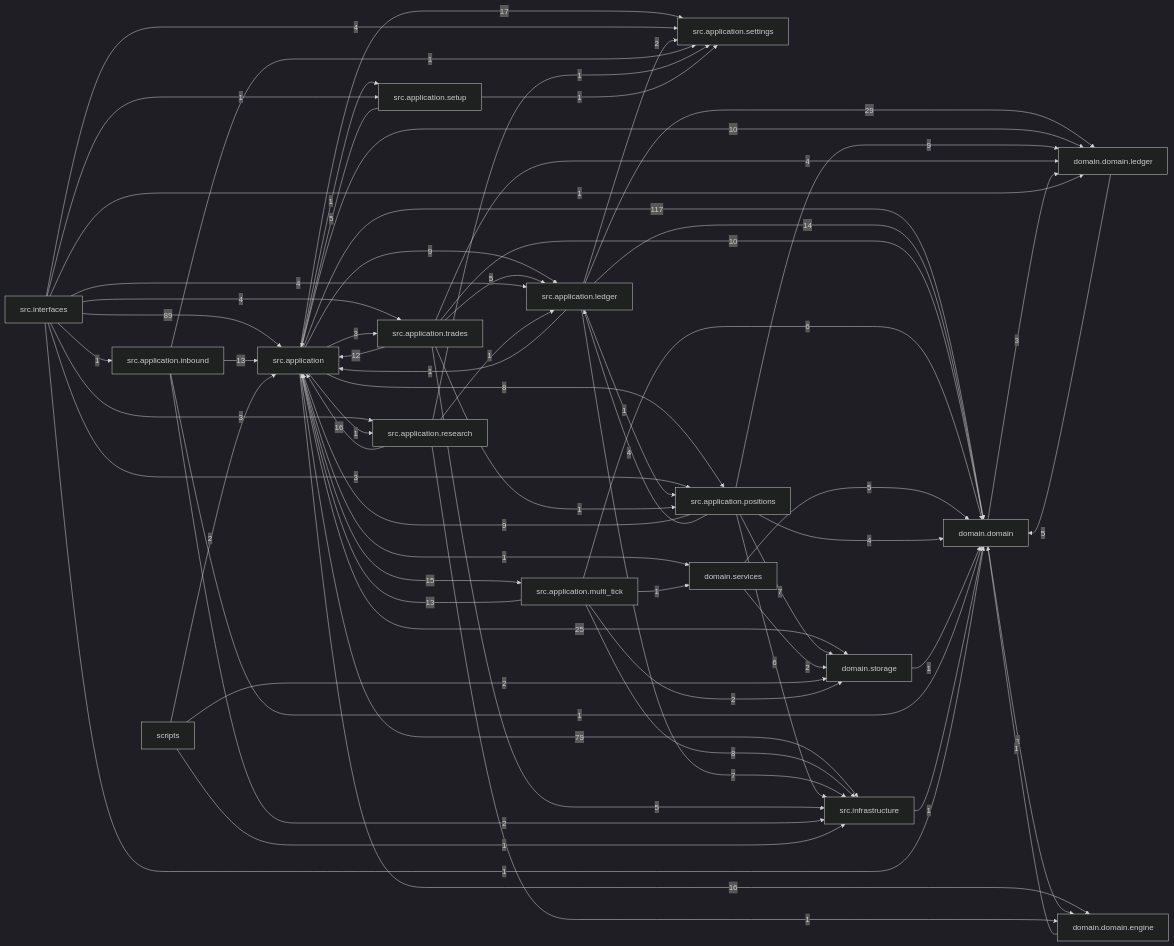
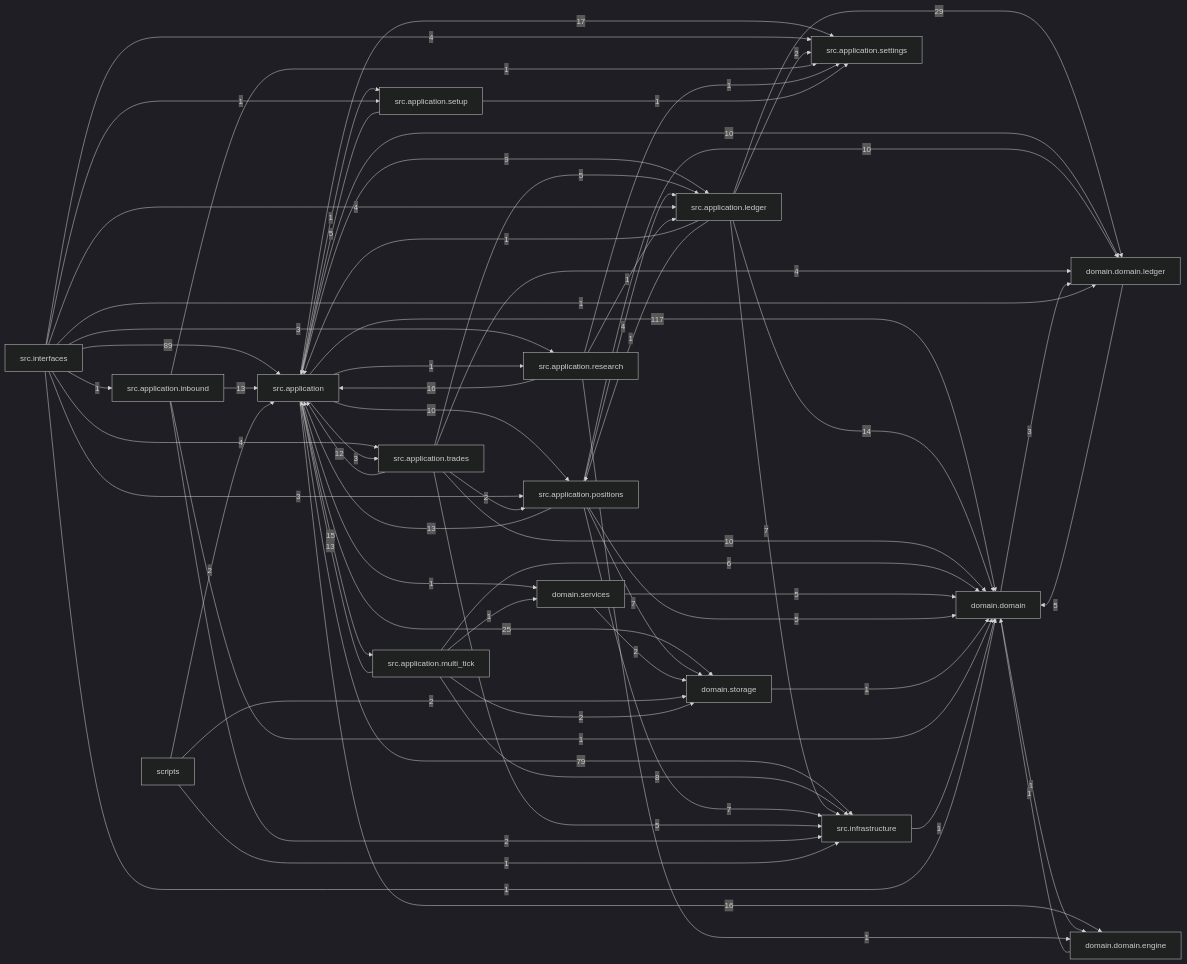
Before and after one commit to liuxie066/options-monitor: the diagram in docs/dependency_graph.mmd, drawn with Mermaid (dark theme). The commit also changed 27 other files, not shown here.

```diff
--- a/docs/dependency_graph.mmd
+++ b/docs/dependency_graph.mmd
@@ -1,68 +1,68 @@
 flowchart LR
   src_application["src.application"] -->|117| domain_domain["domain.domain"]
   src_interfaces["src.interfaces"] -->|89| src_application["src.application"]
   src_application["src.application"] -->|79| src_infrastructure["src.infrastructure"]
   src_application_ledger["src.application.ledger"] -->|29| domain_domain_ledger["domain.domain.ledger"]
   src_application["src.application"] -->|25| domain_storage["domain.storage"]
   src_application["src.application"] -->|17| src_application_settings["src.application.settings"]
   src_application["src.application"] -->|16| domain_domain_engine["domain.domain.engine"]
   src_application_research["src.application.research"] -->|16| src_application["src.application"]
   src_application["src.application"] -->|15| src_application_multi_tick["src.application.multi_tick"]
   src_application_ledger["src.application.ledger"] -->|14| domain_domain["domain.domain"]
   src_application_inbound["src.application.inbound"] -->|13| src_application["src.application"]
   src_application_multi_tick["src.application.multi_tick"] -->|13| src_application["src.application"]
+  src_application_positions["src.application.positions"] -->|13| src_application["src.application"]
   src_application_trades["src.application.trades"] -->|12| src_application["src.application"]
   src_application["src.application"] -->|10| domain_domain_ledger["domain.domain.ledger"]
+  src_application["src.application"] -->|10| src_application_positions["src.application.positions"]
+  src_application_positions["src.application.positions"] -->|10| domain_domain_ledger["domain.domain.ledger"]
   src_application_trades["src.application.trades"] -->|10| domain_domain["domain.domain"]
   src_application["src.application"] -->|9| src_application_ledger["src.application.ledger"]
-  src_application_positions["src.application.positions"] -->|9| domain_domain_ledger["domain.domain.ledger"]
-  src_application_positions["src.application.positions"] -->|9| src_application["src.application"]
-  src_application["src.application"] -->|8| src_application_positions["src.application.positions"]
   src_application_multi_tick["src.application.multi_tick"] -->|8| src_infrastructure["src.infrastructure"]
   src_application_ledger["src.application.ledger"] -->|7| src_infrastructure["src.infrastructure"]
   src_application_positions["src.application.positions"] -->|7| domain_storage["domain.storage"]
+  src_application_positions["src.application.positions"] -->|7| src_infrastructure["src.infrastructure"]
   src_application_multi_tick["src.application.multi_tick"] -->|6| domain_domain["domain.domain"]
-  src_application_positions["src.application.positions"] -->|6| src_infrastructure["src.infrastructure"]
   domain_domain_ledger["domain.domain.ledger"] -->|5| domain_domain["domain.domain"]
   domain_services["domain.services"] -->|5| domain_domain["domain.domain"]
+  src_application_positions["src.application.positions"] -->|5| domain_domain["domain.domain"]
   src_application_setup["src.application.setup"] -->|5| src_application["src.application"]
   src_application_trades["src.application.trades"] -->|5| src_application_ledger["src.application.ledger"]
   src_application_trades["src.application.trades"] -->|5| src_infrastructure["src.infrastructure"]
-  src_application_positions["src.application.positions"] -->|4| domain_domain["domain.domain"]
   src_application_positions["src.application.positions"] -->|4| src_application_ledger["src.application.ledger"]
   src_application_trades["src.application.trades"] -->|4| domain_domain_ledger["domain.domain.ledger"]
   src_interfaces["src.interfaces"] -->|4| src_application_ledger["src.application.ledger"]
   src_interfaces["src.interfaces"] -->|4| src_application_settings["src.application.settings"]
   src_interfaces["src.interfaces"] -->|4| src_application_trades["src.application.trades"]
   domain_domain["domain.domain"] -->|3| domain_domain_ledger["domain.domain.ledger"]
   src_application["src.application"] -->|3| src_application_trades["src.application.trades"]
   src_interfaces["src.interfaces"] -->|3| src_application_positions["src.application.positions"]
   src_interfaces["src.interfaces"] -->|3| src_application_research["src.application.research"]
   domain_services["domain.services"] -->|2| domain_storage["domain.storage"]
   scripts["scripts"] -->|2| domain_storage["domain.storage"]
   scripts["scripts"] -->|2| src_application["src.application"]
   src_application_inbound["src.application.inbound"] -->|2| src_infrastructure["src.infrastructure"]
   src_application_ledger["src.application.ledger"] -->|2| src_application_settings["src.application.settings"]
   src_application_multi_tick["src.application.multi_tick"] -->|2| domain_storage["domain.storage"]
+  src_application_trades["src.application.trades"] -->|2| src_application_positions["src.application.positions"]
   domain_domain["domain.domain"] -->|1| domain_domain_engine["domain.domain.engine"]
   domain_domain_engine["domain.domain.engine"] -->|1| domain_domain["domain.domain"]
   domain_storage["domain.storage"] -->|1| domain_domain["domain.domain"]
   scripts["scripts"] -->|1| src_infrastructure["src.infrastructure"]
   src_application["src.application"] -->|1| domain_services["domain.services"]
   src_application["src.application"] -->|1| src_application_research["src.application.research"]
   src_application["src.application"] -->|1| src_application_setup["src.application.setup"]
   src_application_inbound["src.application.inbound"] -->|1| domain_domain["domain.domain"]
   src_application_inbound["src.application.inbound"] -->|1| src_application_settings["src.application.settings"]
   src_application_ledger["src.application.ledger"] -->|1| src_application["src.application"]
   src_application_ledger["src.application.ledger"] -->|1| src_application_positions["src.application.positions"]
   src_application_multi_tick["src.application.multi_tick"] -->|1| domain_services["domain.services"]
   src_application_research["src.application.research"] -->|1| domain_domain_engine["domain.domain.engine"]
   src_application_research["src.application.research"] -->|1| src_application_ledger["src.application.ledger"]
   src_application_research["src.application.research"] -->|1| src_application_settings["src.application.settings"]
   src_application_setup["src.application.setup"] -->|1| src_application_settings["src.application.settings"]
-  src_application_trades["src.application.trades"] -->|1| src_application_positions["src.application.positions"]
   src_infrastructure["src.infrastructure"] -->|1| domain_domain["domain.domain"]
   src_interfaces["src.interfaces"] -->|1| domain_domain["domain.domain"]
   src_interfaces["src.interfaces"] -->|1| domain_domain_ledger["domain.domain.ledger"]
   src_interfaces["src.interfaces"] -->|1| src_application_inbound["src.application.inbound"]
   src_interfaces["src.interfaces"] -->|1| src_application_setup["src.application.setup"]
```
